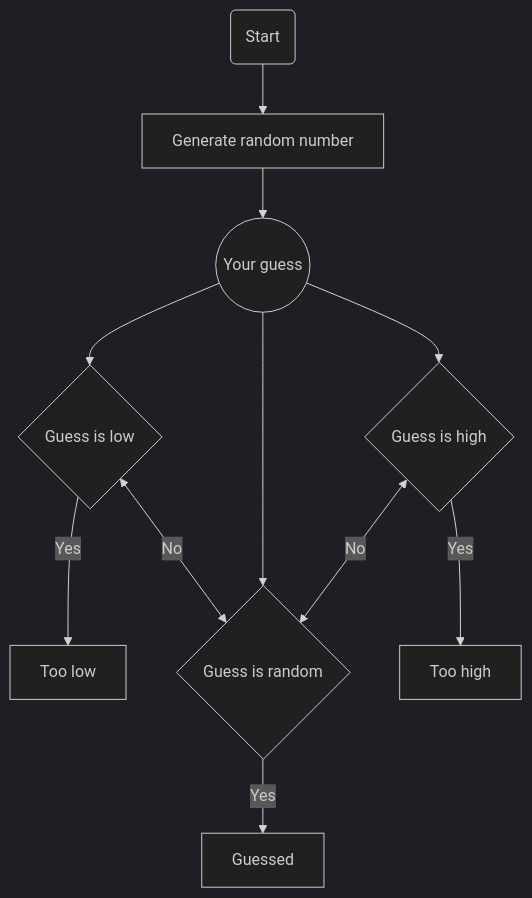
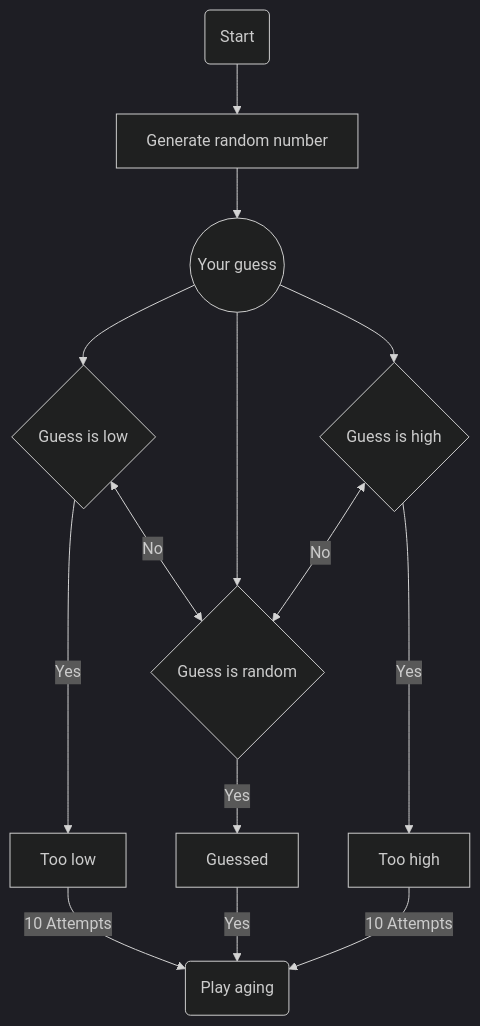
One commit to haithamaouati/GuessTheNumber changed the diagram in README.md. Above: the diagram before and after it, drawn with Mermaid (dark theme).

````diff
--- a/README.md
+++ b/README.md
@@ -21,12 +21,15 @@
 ```mermaid
 graph TD;
 S(Start)
 S --> R[Generate random number]
 R --> N((Your guess))
 N --> L{Guess is low} -->|Yes| L1[Too low]
 L <-->|No| G{Guess is random}
 N --> G
 G -->|Yes| G1[Guessed]
 H <-->|No| G
 N --> H{Guess is high} -->|Yes| H1[Too high]
+G1 -->|Yes| P(Play aging)
+H1 -->|10 Attempts| P
+L1 -->|10 Attempts| P
 ```
````
